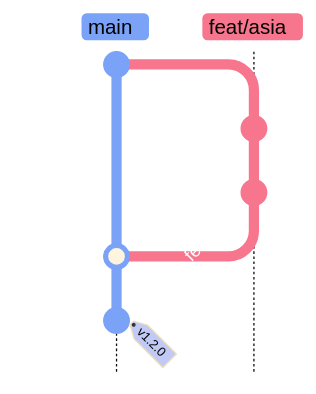
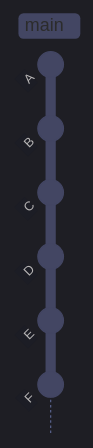
The third of 3 diagrams in content/08-Git/09-git-tagging-and-releases.md (alp78/elysium), drawn with Mermaid before and after one commit. The commit also changed other lines of this file and 6 other files, not shown here.

````diff
--- a/content/08-Git/09-git-tagging-and-releases.md
+++ b/content/08-Git/09-git-tagging-and-releases.md
@@ -218,11 +891,21 @@
 ```mermaid
-%%{init: {'theme': 'base', 'themeVariables': {'git0': '#7aa2f7', 'git1': '#f7768e', 'git2': '#9ece6a', 'git3': '#e0af68', 'git4': '#bb9af7', 'gitBranchLabel0': '#000000', 'gitBranchLabel1': '#000000', 'gitBranchLabel2': '#000000', 'gitBranchLabel3': '#000000', 'commitLabelColor': '#ffffff', 'commitLabelBackground': 'transparent', 'commitLabelFontSize': '14px', 'tagLabelColor': '#000000', 'tagLabelBackground': '#c0caf5'}, 'gitGraph': {'mainBranchName': 'main'}} }%%
+%%{init: {'theme': 'dark', 'themeVariables': {
+  'primaryColor': '#292e42',
+  'primaryTextColor': '#c0caf5',
+  'primaryBorderColor': '#565f89',
+  'lineColor': '#565f89',
+  'secondaryColor': '#1a1b26',
+  'tertiaryColor': '#24283b',
+  'noteTextColor': '#c0caf5',
+  'noteBkgColor': '#292e42',
+  'textColor': '#c0caf5',
+  'fontSize': '14px'
+}, 'gitGraph': {'mainBranchName': 'main'}}}%%
 gitGraph TB:
-  commit id: "feat: OHLCV"
-  branch feat/asia
-  commit id: "wip: data"
-  commit id: "feat: asia"
-  checkout main
-  merge feat/asia id: "merge PR"
-  commit id: "fix: ffill" tag: "v1.2.0"
+  commit id: "A"
+  commit id: "B"
+  commit id: "C"
+  commit id: "D"
+  commit id: "E"
+  commit id: "F"
 ```
````
